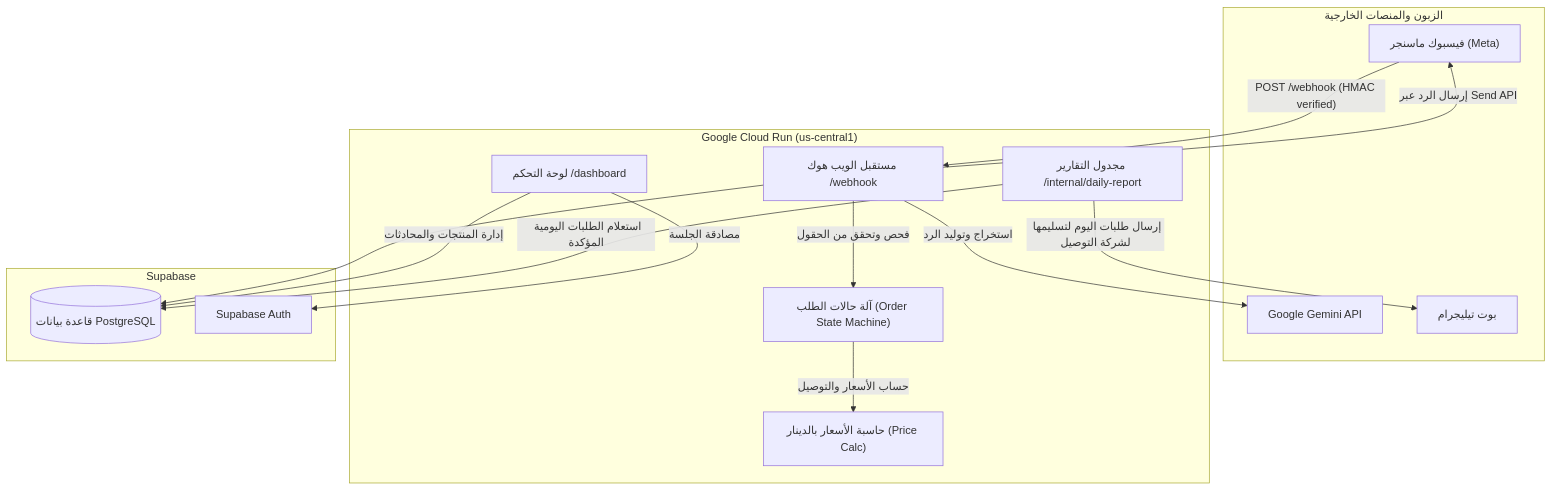
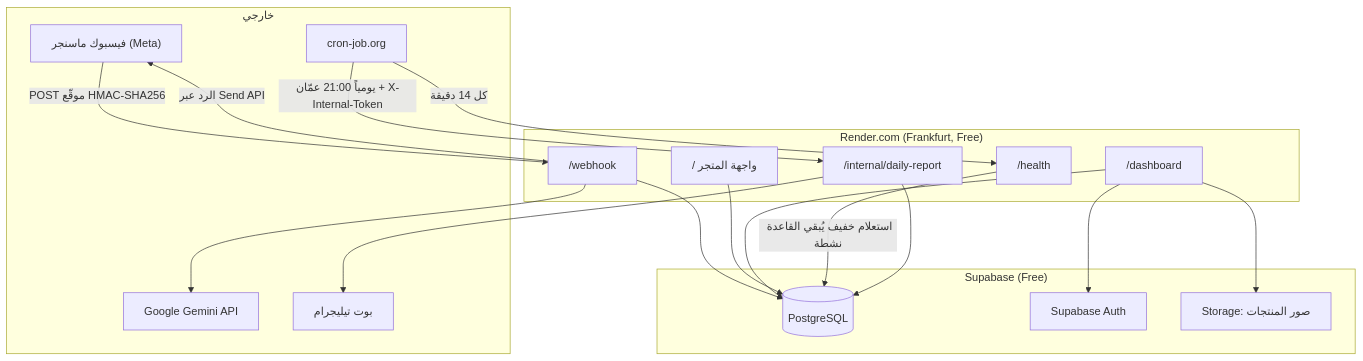
The diagram in README.md (rashedraed04/messenger-agent), drawn with Mermaid before and after one commit. The commit also changed other lines of this file and 59 other files, not shown here.

````diff
--- a/README.md
+++ b/README.md
@@ -50,34 +29,37 @@
 ```mermaid
 graph TB
-    subgraph "الزبون والمنصات الخارجية"
+    subgraph "خارجي"
         META["فيسبوك ماسنجر (Meta)"]
         GEMINI["Google Gemini API"]
         TELEGRAM["بوت تيليجرام"]
+        CRON["cron-job.org"]
     end
 
-    subgraph "Google Cloud Run (us-central1)"
-        WH["مستقبل الويب هوك /webhook"]
-        SM["آلة حالات الطلب (Order State Machine)"]
-        CALC["حاسبة الأسعار بالدينار (Price Calc)"]
-        DASH["لوحة التحكم /dashboard"]
-        CRON["مجدول التقارير /internal/daily-report"]
+    subgraph "Render.com (Frankfurt, Free)"
+        WH["/webhook"]
+        SHOP["/ واجهة المتجر"]
+        DASH["/dashboard"]
+        HEALTH["/health"]
+        REPORT["/internal/daily-report"]
     end
 
-    subgraph "Supabase"
-        DB[("قاعدة بيانات PostgreSQL")]
+    subgraph "Supabase (Free)"
+        DB[("PostgreSQL")]
         AUTH["Supabase Auth"]
+        STORAGE["Storage: صور المنتجات"]
     end
 
-    META -->|"POST /webhook (HMAC verified)"| WH
-    WH -->|"استخراج وتوليد الرد"| GEMINI
-    WH -->|"فحص وتحقق من الحقول"| SM
-    SM -->|"حساب الأسعار والتوصيل"| CALC
-    WH -->|"إرسال الرد عبر Send API"| META
+    META -->|"POST موقّع HMAC-SHA256"| WH
+    WH --> GEMINI
+    WH -->|"الرد عبر Send API"| META
     WH --> DB
-
-    DASH -->|"مصادقة الجلسة"| AUTH
-    DASH -->|"إدارة المنتجات والمحادثات"| DB
-
-    CRON -->|"استعلام الطلبات اليومية المؤكدة"| DB
-    CRON -->|"إرسال طلبات اليوم لتسليمها لشركة التوصيل"| TELEGRAM
+    SHOP --> DB
+    DASH --> AUTH
+    DASH --> DB
+    DASH --> STORAGE
+    CRON -->|"كل 14 دقيقة"| HEALTH
+    HEALTH -->|"استعلام خفيف يُبقي القاعدة نشطة"| DB
+    CRON -->|"يومياً 21:00 عمّان + X-Internal-Token"| REPORT
+    REPORT --> DB
+    REPORT --> TELEGRAM
 ```
````
